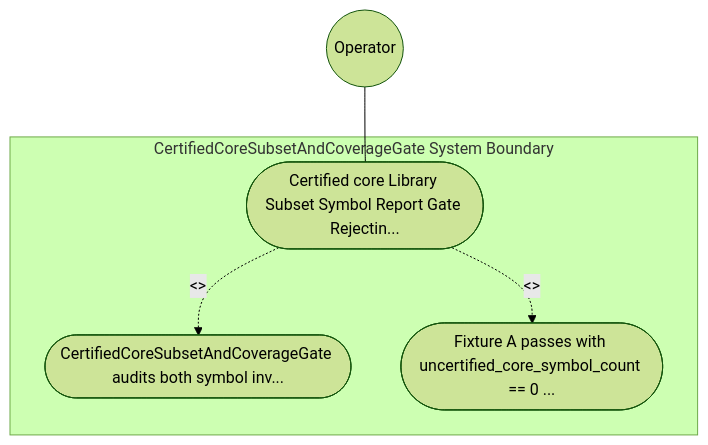
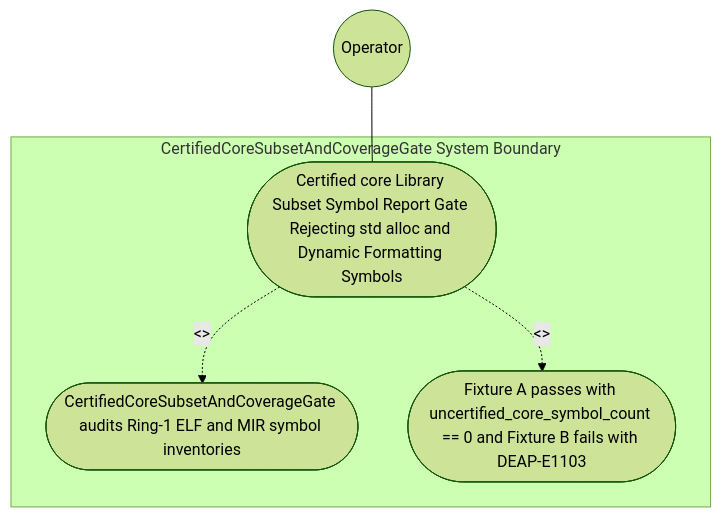
One commit to gintatkinson/DEAP01-spec-core changed the diagram in .pipeline/upstream/docs/use-cases/UC-61-Certified_core_Library_Subset_Symbol_Report_Gate_Rejecting_std_alloc_and_Dynamic_Formatting_Symbols.md. Above: the diagram before and after it, drawn with Mermaid (forest theme). The commit also changed other lines of this file and 225 other files, not shown here.

````diff
--- a/.pipeline/upstream/docs/use-cases/UC-61-Certified_core_Library_Subset_Symbol_Report_Gate_Rejecting_std_alloc_and_Dynamic_Formatting_Symbols.md
+++ b/.pipeline/upstream/docs/use-cases/UC-61-Certified_core_Library_Subset_Symbol_Report_Gate_Rejecting_std_alloc_and_Dynamic_Formatting_Symbols.md
@@ -16,11 +16,11 @@
 ```mermaid
 graph TD
     subgraph "CertifiedCoreSubsetAndCoverageGate System Boundary"
-        UC_Main(["Certified core Library Subset Symbol Report Gate Rejectin..."])
-        UC_Step01(["CertifiedCoreSubsetAndCoverageGate audits both symbol inv..."])
-        UC_Step02(["Fixture A passes with uncertified_core_symbol_count == 0 ..."])
+        UC_Main(["Certified core Library Subset Symbol Report Gate Rejecting std alloc and Dynamic Formatting Symbols"])
+        UC_Step01(["CertifiedCoreSubsetAndCoverageGate audits Ring-1 ELF and MIR symbol inventories"])
+        UC_Step02(["Fixture A passes with uncertified_core_symbol_count == 0 and Fixture B fails with DEAP-E1103"])
     end
     Operator(("Operator")) --- UC_Main
     UC_Main -. "<<include>>" .-> UC_Step01
     UC_Main -. "<<include>>" .-> UC_Step02
 ```
````
